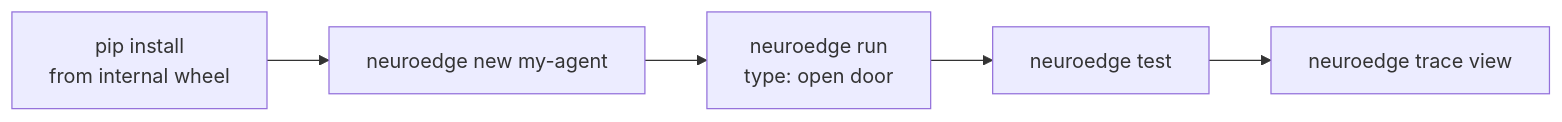
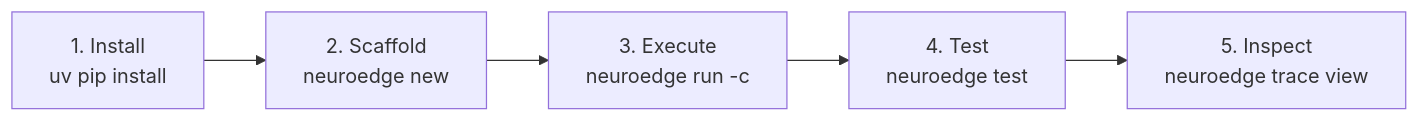
One commit to letrongminh/neuroedge-init changed the first of 2 diagrams in docs/architecture/en/12-dev-quickstart.md. Above: the diagram before and after it, drawn with Mermaid. The commit also changed other lines of this file and 35 other files, not shown here.

First line of the commit message:
docs(architecture): comprehensive upgrade of architecture suite, Mermaid diagrams and vector posters

````diff
--- a/docs/architecture/en/12-dev-quickstart.md
+++ b/docs/architecture/en/12-dev-quickstart.md
@@ -6,7 +12,7 @@
 ```mermaid
 flowchart LR
-    I[pip install<br/>from internal wheel] --> N[neuroedge new my-agent]
-    N --> R[neuroedge run<br/>type: open door]
-    R --> T[neuroedge test]
-    T --> V[neuroedge trace view]
+    S1["1. Install<br/>uv pip install"] --> S2["2. Scaffold<br/>neuroedge new"]
+    S2 --> S3["3. Execute<br/>neuroedge run -c"]
+    S3 --> S4["4. Test<br/>neuroedge test"]
+    S4 --> S5["5. Inspect<br/>neuroedge trace view"]
 ```
````
